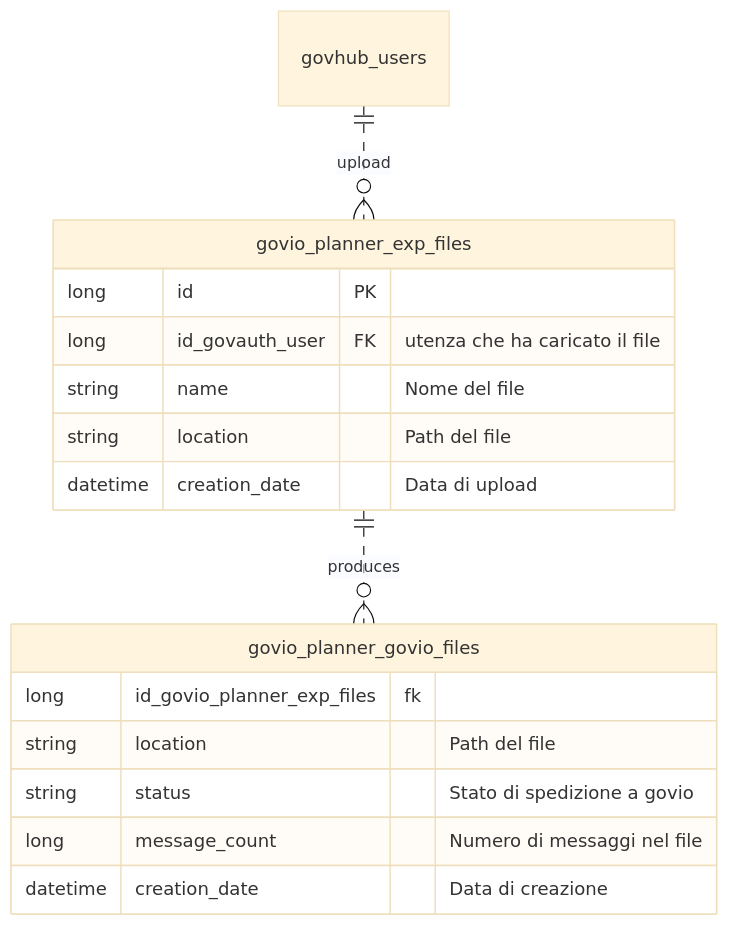
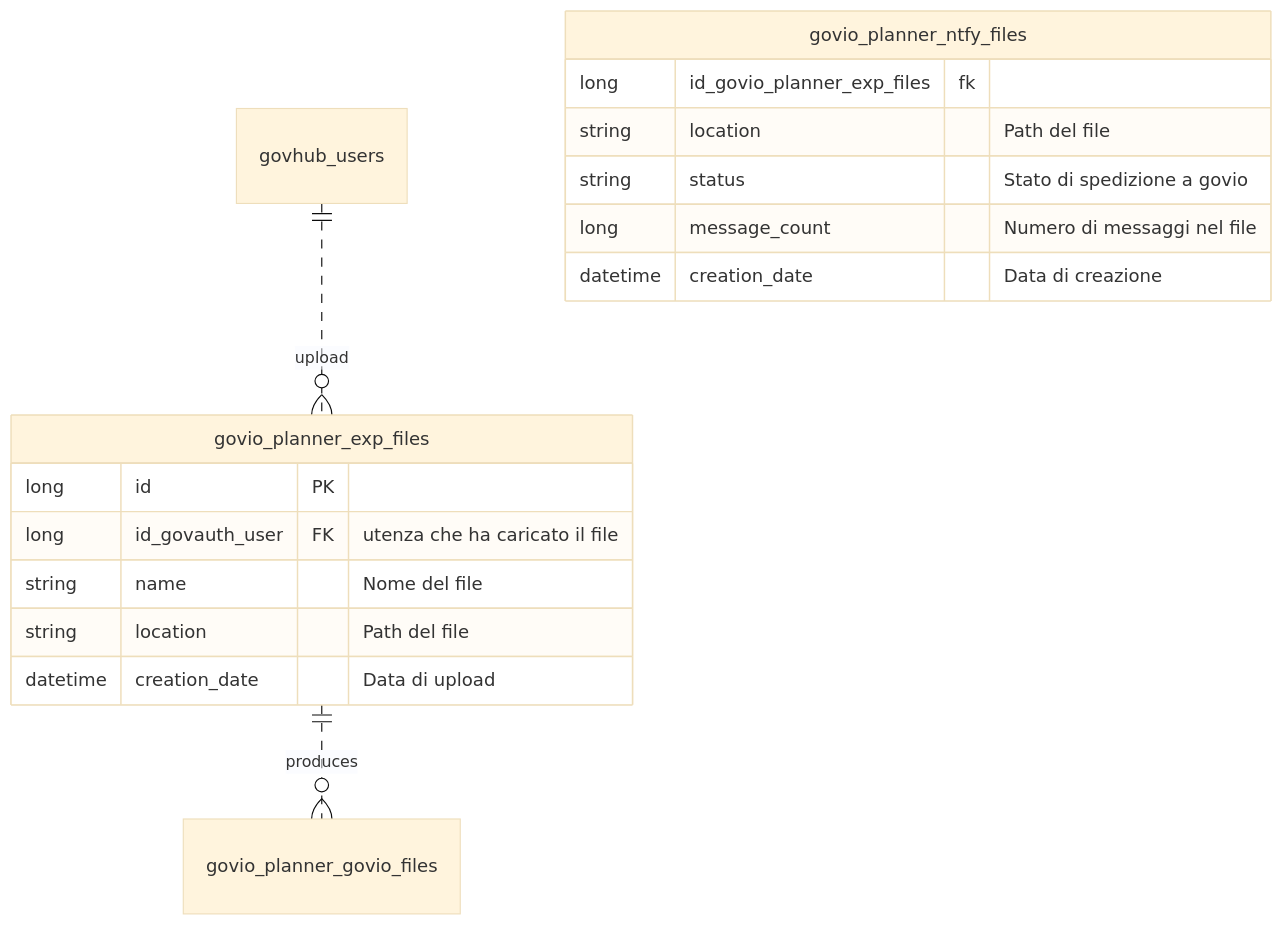
One commit to link-it/govio-planner changed the diagram in README.md. Above: the diagram before and after it, drawn with Mermaid (base theme).

````diff
--- a/README.md
+++ b/README.md
@@ -34,22 +34,22 @@
 ```mermaid
 erDiagram
     govhub_users ||..o{ govio_planner_exp_files : upload  
     govio_planner_exp_files ||..o{ govio_planner_govio_files : produces
 
     govio_planner_exp_files {
         long id PK
         long id_govauth_user FK "utenza che ha caricato il file" 
         string name "Nome del file"
         string location "Path del file"
         datetime creation_date "Data di upload"
     }
 
-    govio_planner_govio_files {
+    govio_planner_ntfy_files {
         long id_govio_planner_exp_files fk
         string location "Path del file" 
         string status "Stato di spedizione a govio"
         long message_count "Numero di messaggi nel file"
         datetime creation_date "Data di creazione"
     }
 
 ```
````
